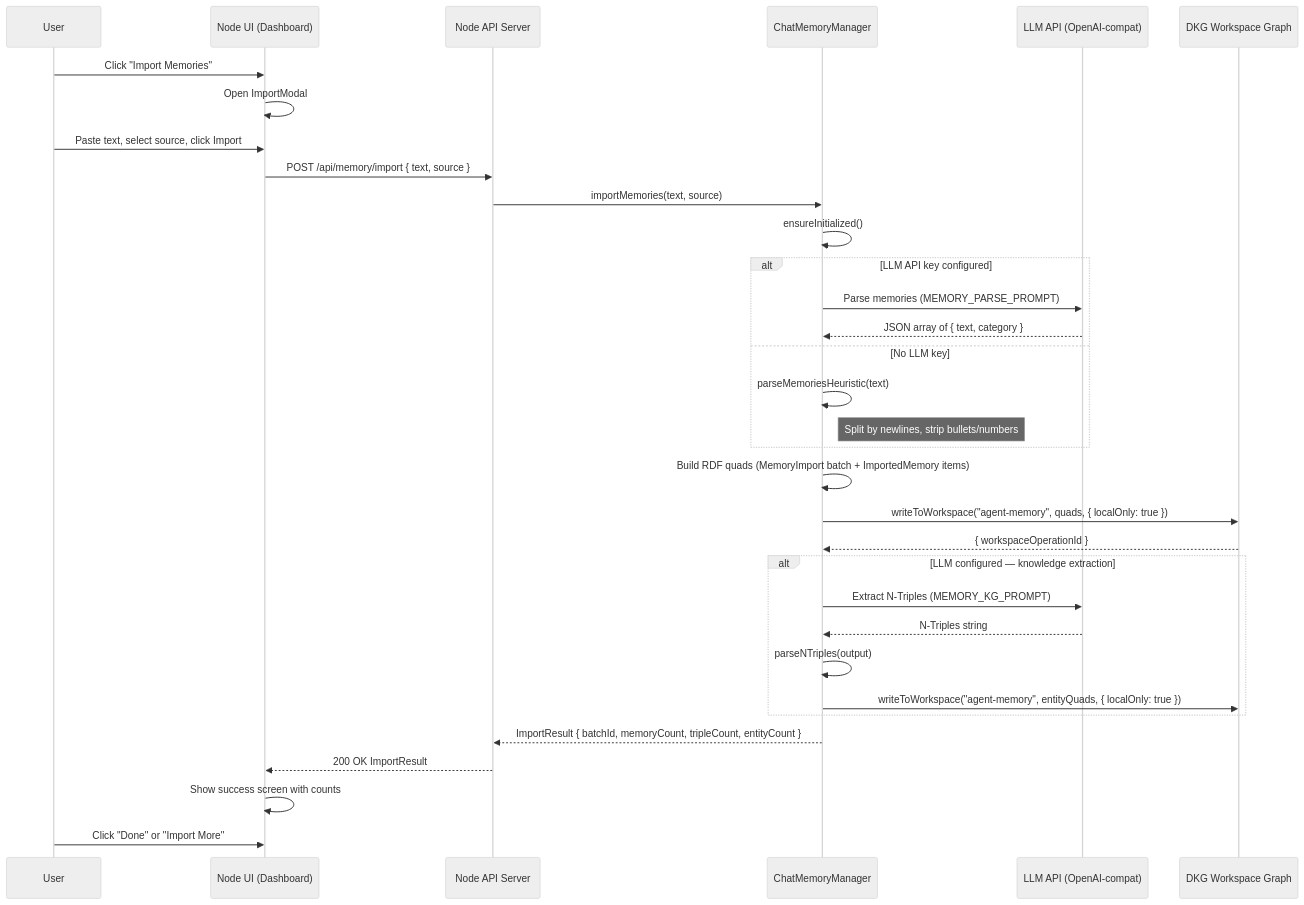
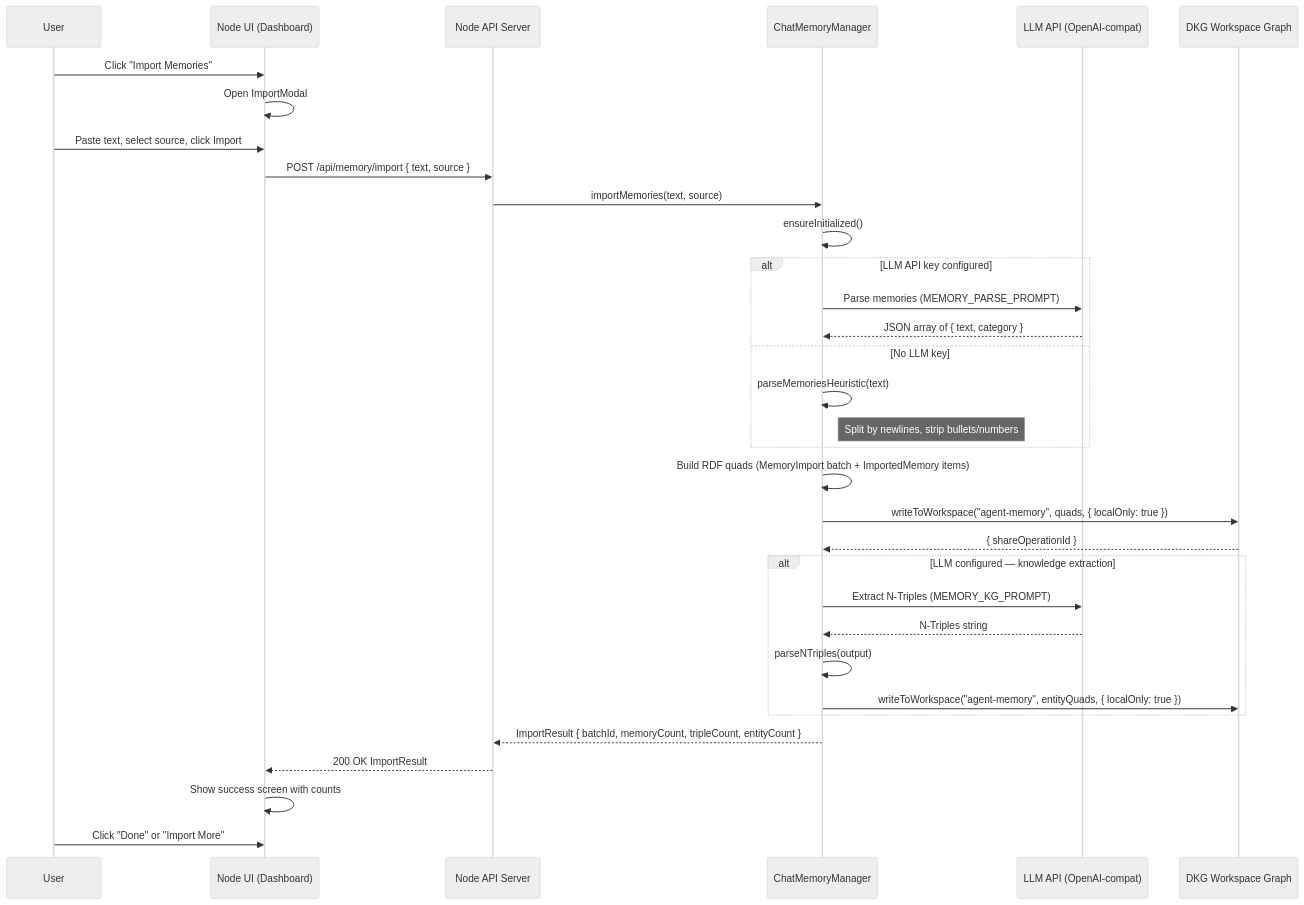
The diagram in packages/node-ui/docs/import-memory.md (KilianTrunk/dkg), drawn with Mermaid (neutral theme) before and after one commit. The commit also changed 28 other files, not shown here.

Commit message:
refactor: use shareOperationId for SWM writes

````diff
--- a/packages/node-ui/docs/import-memory.md
+++ b/packages/node-ui/docs/import-memory.md
@@ -23,42 +23,42 @@
 ```mermaid
 sequenceDiagram
     participant U as User
     participant UI as Node UI (Dashboard)
     participant API as Node API Server
     participant CMM as ChatMemoryManager
     participant LLM as LLM API (OpenAI-compat)
     participant DKG as DKG Workspace Graph
 
     U->>UI: Click "Import Memories"
     UI->>UI: Open ImportModal
 
     U->>UI: Paste text, select source, click Import
     UI->>API: POST /api/memory/import { text, source }
 
     API->>CMM: importMemories(text, source)
     CMM->>CMM: ensureInitialized()
 
     alt LLM API key configured
         CMM->>LLM: Parse memories (MEMORY_PARSE_PROMPT)
         LLM-->>CMM: JSON array of { text, category }
     else No LLM key
         CMM->>CMM: parseMemoriesHeuristic(text)
         Note right of CMM: Split by newlines, strip bullets/numbers
     end
 
     CMM->>CMM: Build RDF quads (MemoryImport batch + ImportedMemory items)
     CMM->>DKG: writeToWorkspace("agent-memory", quads, { localOnly: true })
-    DKG-->>CMM: { workspaceOperationId }
+    DKG-->>CMM: { shareOperationId }
 
     alt LLM configured — knowledge extraction
         CMM->>LLM: Extract N-Triples (MEMORY_KG_PROMPT)
         LLM-->>CMM: N-Triples string
         CMM->>CMM: parseNTriples(output)
         CMM->>DKG: writeToWorkspace("agent-memory", entityQuads, { localOnly: true })
     end
 
     CMM-->>API: ImportResult { batchId, memoryCount, tripleCount, entityCount }
     API-->>UI: 200 OK ImportResult
     UI->>UI: Show success screen with counts
     U->>UI: Click "Done" or "Import More"
 ```
````
